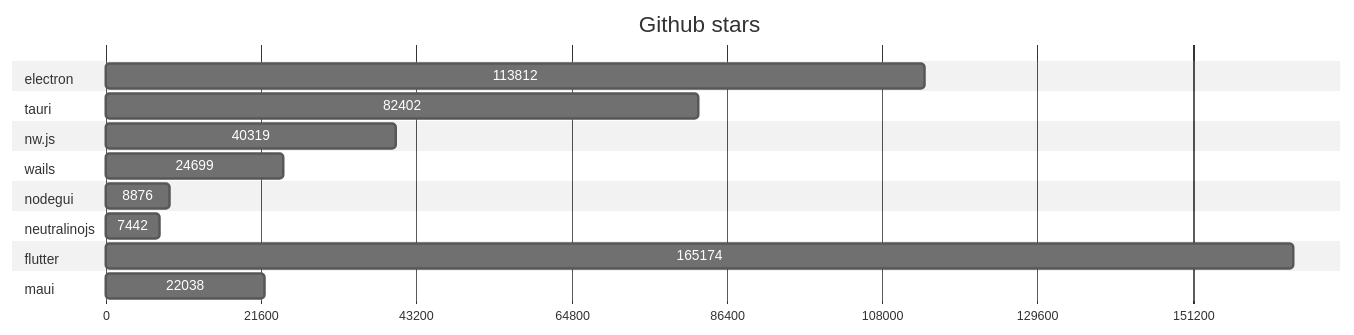
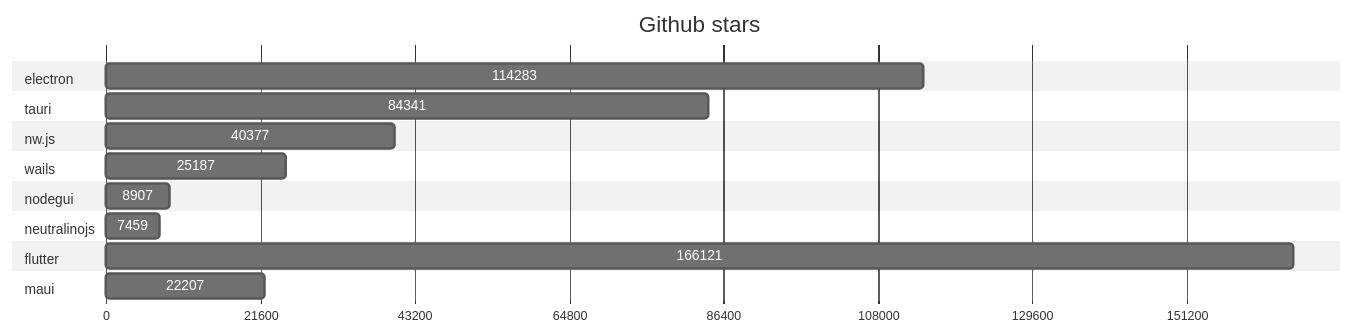
One commit to Elanis/web-to-desktop-framework-comparison changed the first of 2 diagrams in GRAPHS.md. Above: the diagram before and after it, drawn with Mermaid (neutral theme). The commit also changed other lines of this file and 2 other files, not shown here.

Commit message:
Update stars & Fork

````diff
--- a/GRAPHS.md
+++ b/GRAPHS.md
@@ -5,40 +5,40 @@
 ```mermaid
 gantt
     title Github stars
     dateFormat  X
     axisFormat %s
 
 
 	section electron
-	113812 : 0, 113812
+	114283 : 0, 114283
 
 	
 	section tauri
-	82402 : 0, 82402
+	84341 : 0, 84341
 
 	
 	section nw.js
-	40319 : 0, 40319
+	40377 : 0, 40377
 
 	
 	section wails
-	24699 : 0, 24699
+	25187 : 0, 25187
 
 	
 	section nodegui
-	8876 : 0, 8876
+	8907 : 0, 8907
 
 	
 	section neutralinojs
-	7442 : 0, 7442
+	7459 : 0, 7459
 
 	
 	section flutter
-	165174 : 0, 165174
+	166121 : 0, 166121
 
 	
 	section maui
-	22038 : 0, 22038
+	22207 : 0, 22207
 
 	
 ```
````
